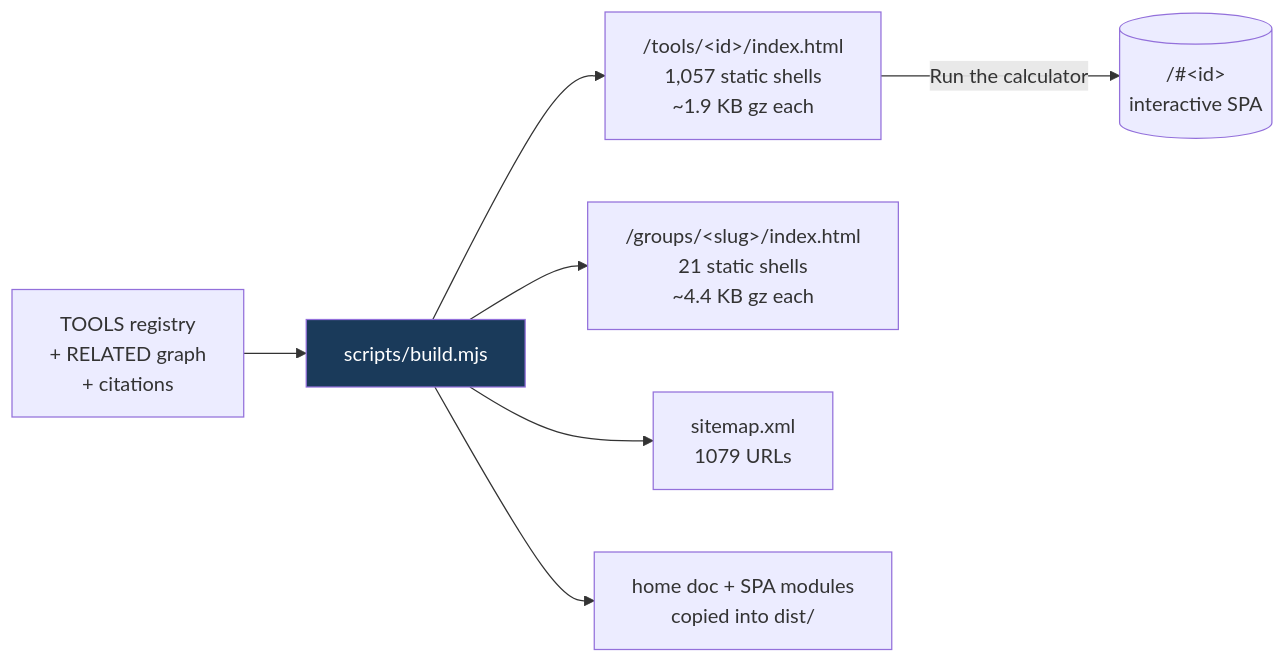
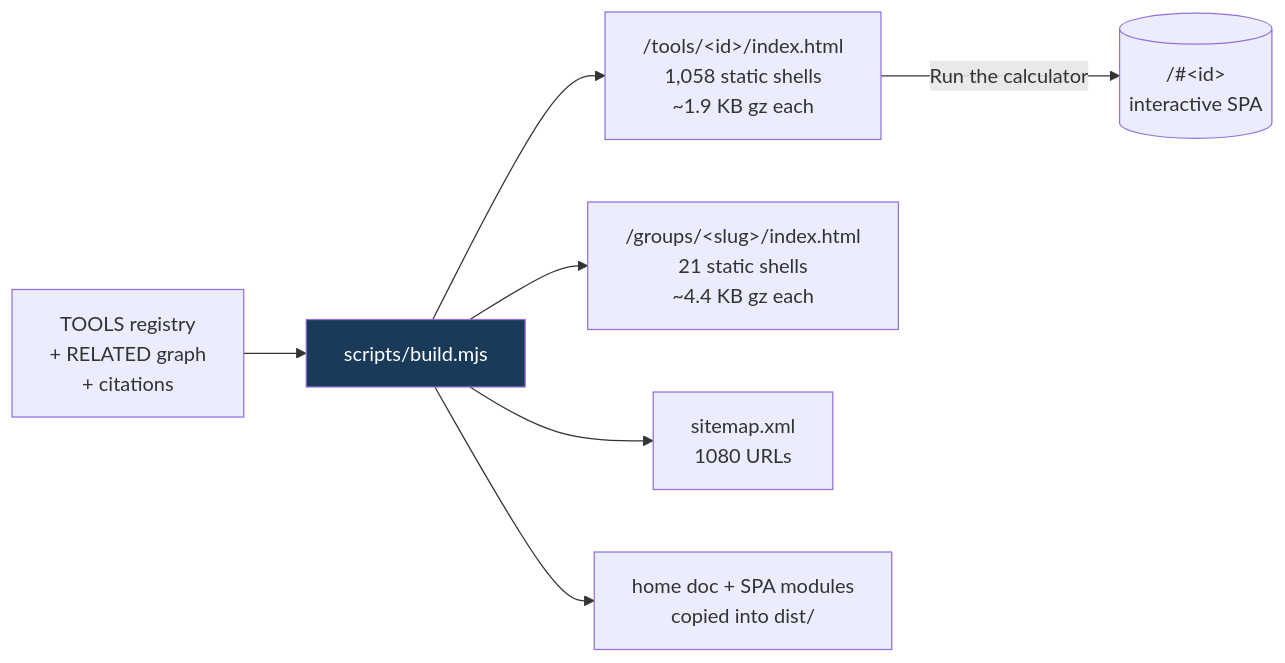
Before and after one commit to clay-good/roughlogic.com: the fifth of 8 diagrams in README.md, drawn with Mermaid. The commit also changed other lines of this file and 13 other files, not shown here.

````diff
--- a/README.md
+++ b/README.md
@@ -495,10 +495,10 @@
 ```mermaid
 flowchart LR
     SRC[TOOLS registry\n+ RELATED graph\n+ citations] --> BUILD[scripts/build.mjs]
-    BUILD --> TILE["/tools/&lt;id&gt;/index.html\n1,057 static shells\n~1.9 KB gz each"]
+    BUILD --> TILE["/tools/&lt;id&gt;/index.html\n1,058 static shells\n~1.9 KB gz each"]
     BUILD --> GROUP["/groups/&lt;slug&gt;/index.html\n21 static shells\n~4.4 KB gz each"]
-    BUILD --> MAP["sitemap.xml\n1079 URLs"]
+    BUILD --> MAP["sitemap.xml\n1080 URLs"]
     BUILD --> COPY[home doc + SPA modules\ncopied into dist/]
     TILE -->|Run the calculator| SPA[("/#&lt;id&gt;\ninteractive SPA")]
     style BUILD fill:#1a3a5a,color:#fff
 ```
````
